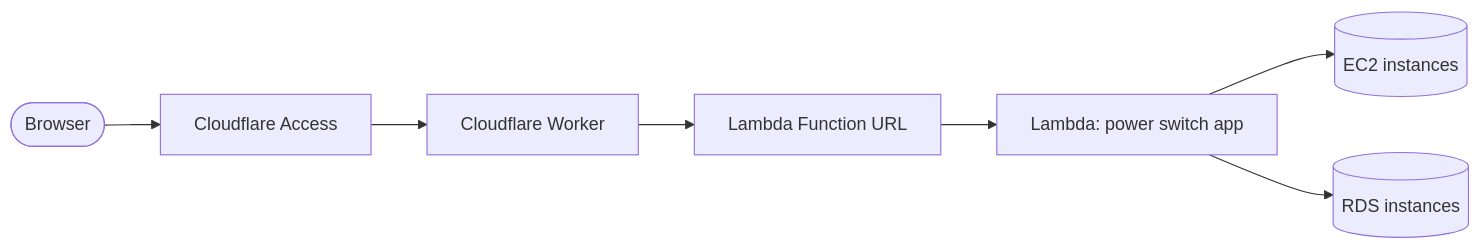
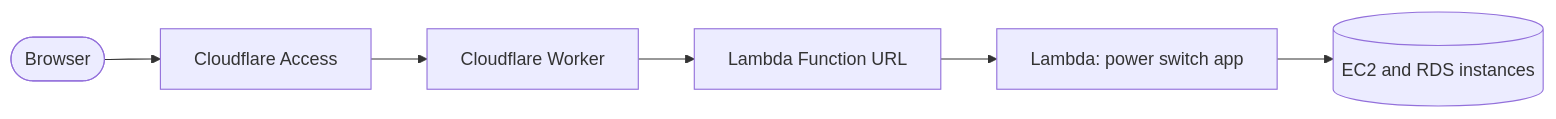
The first of 6 diagrams in README.md (freshmick/aws-power-switch), drawn with Mermaid before and after one commit. The commit also changed other lines of this file, not shown here.

Commit message:
docs(readme): fit the first screen; one-row flow diagram, plain state loop

````diff
--- a/README.md
+++ b/README.md
@@ -11,9 +11,8 @@
 ```mermaid
 flowchart LR
     user([Browser]) --> access[Cloudflare Access]
     access --> worker[Cloudflare Worker]
     worker --> url[Lambda Function URL]
     url --> lambda[Lambda: power switch app]
-    lambda --> ec2[(EC2 instances)]
-    lambda --> rds[(RDS instances)]
+    lambda --> aws[(EC2 and RDS instances)]
 ```
````
